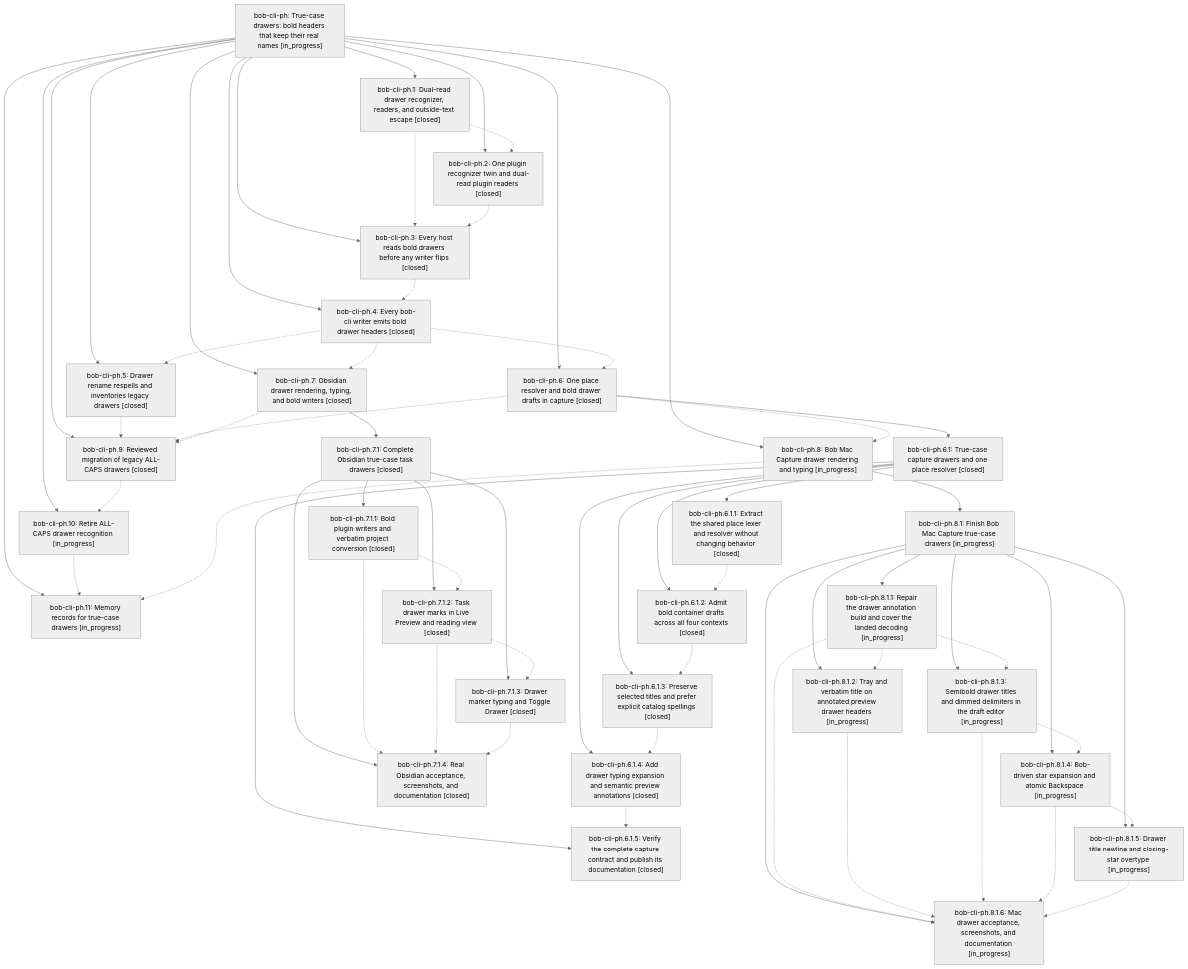
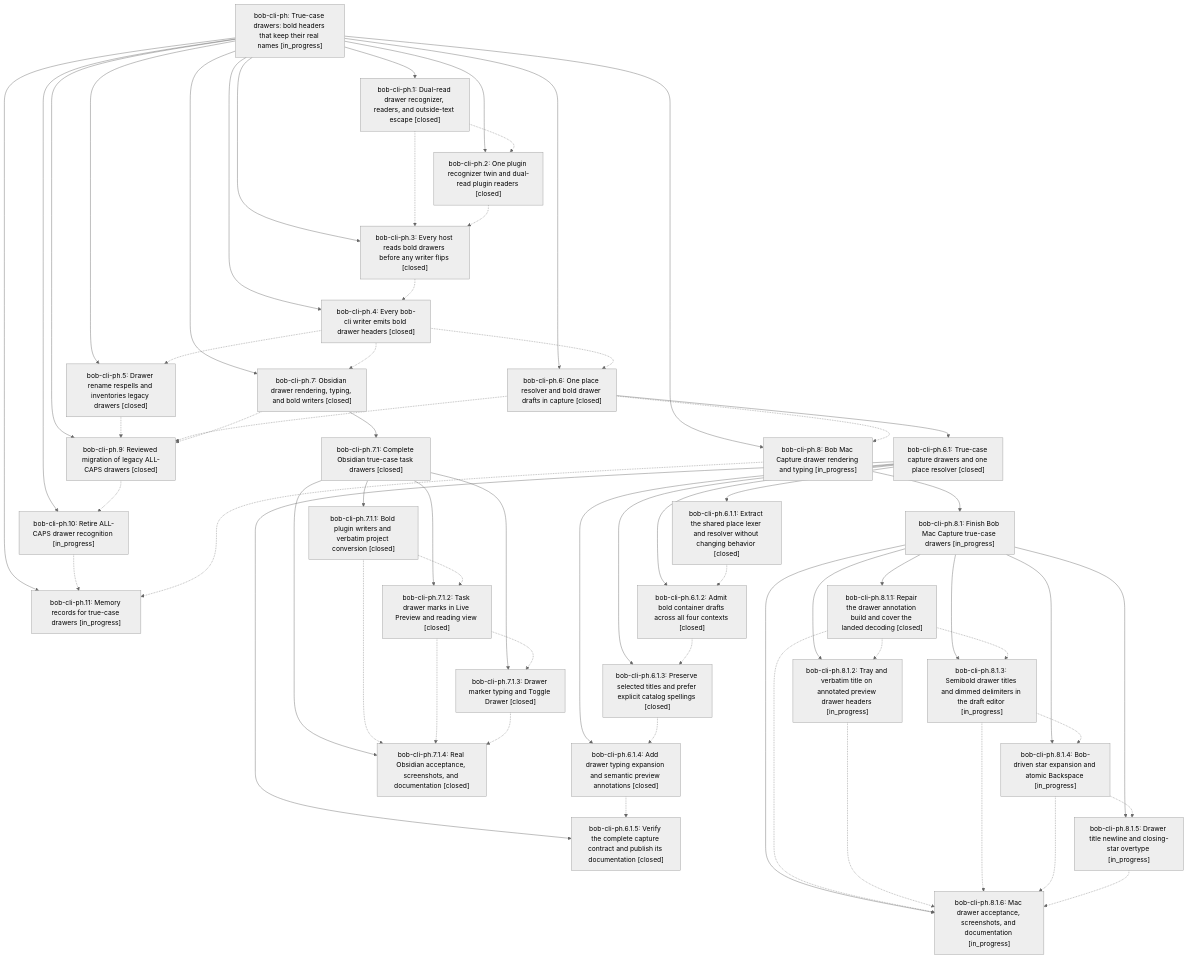
The diagram in pages/bob-cli-ph/README.md (bobs-org/bob-cli--beads), drawn with Mermaid (neutral theme) before and after one commit. The commit also changed other lines of this file and 12 other files, not shown here.

First line of the commit message:
chore(beads): sync bead state and pages for bob-cli-ph

```diff
--- a/pages/bob-cli-ph/README.md
+++ b/pages/bob-cli-ph/README.md
@@ -78,7 +78,7 @@
     n20["bob-cli-ph.7.1.4: Real Obsidian acceptance, screenshots, and documentation [closed]"]
     n21["bob-cli-ph.8: Bob Mac Capture drawer rendering and typing [in_progress]"]
     n22["bob-cli-ph.8.1: Finish Bob Mac Capture true-case drawers [in_progress]"]
-    n23["bob-cli-ph.8.1.1: Repair the drawer annotation build and cover the landed decoding [in_progress]"]
+    n23["bob-cli-ph.8.1.1: Repair the drawer annotation build and cover the landed decoding [closed]"]
     n24["bob-cli-ph.8.1.2: Tray and verbatim title on annotated preview drawer headers [in_progress]"]
     n25["bob-cli-ph.8.1.3: Semibold drawer titles and dimmed delimiters in the draft editor [in_progress]"]
     n26["bob-cli-ph.8.1.4: Bob-driven star expansion and atomic Backspace [in_progress]"]
```
